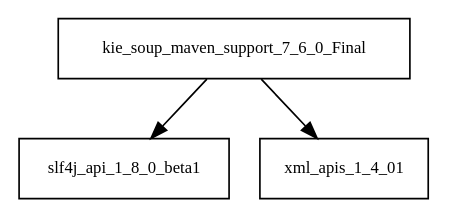
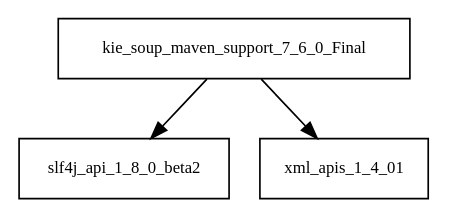
Before and after one commit to sjvs/cia: the diagram in tattleTaleReport/graphviz/kie-soup-maven-support-7.6.0.Final.jar/kie-soup-maven-support-7.6.0.Final.jar.dot, drawn with Graphviz. The commit also changed 2794 other files, not shown here.

```diff
--- a/tattleTaleReport/graphviz/kie-soup-maven-support-7.6.0.Final.jar/kie-soup-maven-support-7.6.0.Final.jar.dot
+++ b/tattleTaleReport/graphviz/kie-soup-maven-support-7.6.0.Final.jar/kie-soup-maven-support-7.6.0.Final.jar.dot
@@ -1,5 +1,5 @@
 digraph kie_soup_maven_support_7_6_0_Final_dependencies {
   node [shape = box, fontsize=10.0];
-  kie_soup_maven_support_7_6_0_Final -> slf4j_api_1_8_0_beta1;
+  kie_soup_maven_support_7_6_0_Final -> slf4j_api_1_8_0_beta2;
   kie_soup_maven_support_7_6_0_Final -> xml_apis_1_4_01;
 }
```
